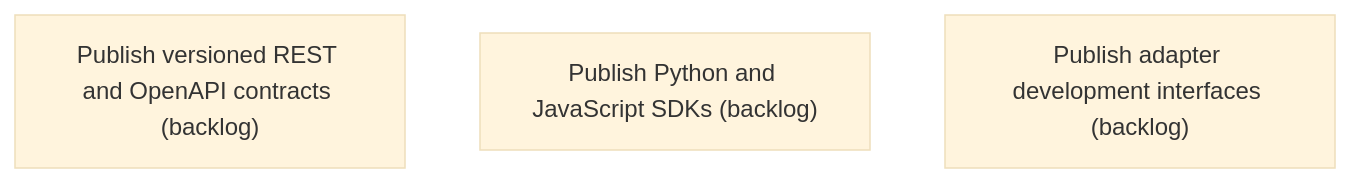
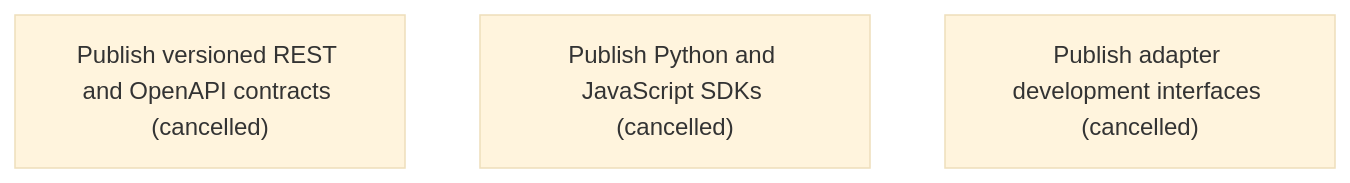
One commit to asadayoub/Evidentia changed the diagram in .skyhook/plan/epics/MNJPP3JA9GHKAMKNAT0H3DSVR2.md. Above: the diagram before and after it, drawn with Mermaid (base theme). The commit also changed other lines of this file and 54 other files, not shown here.

Commit message:
docs(skyhook): adopt interaction-first delivery roadmap

````diff
--- a/.skyhook/plan/epics/MNJPP3JA9GHKAMKNAT0H3DSVR2.md
+++ b/.skyhook/plan/epics/MNJPP3JA9GHKAMKNAT0H3DSVR2.md
@@ -22,6 +22,6 @@
 ```mermaid
 flowchart TD
-    75J1CS4ZFVG3RSXH2GDF7W82ME["Publish versioned REST and OpenAPI contracts (backlog)"]
-    89ZWE45CMH2MKH116P992C3BDS["Publish Python and JavaScript SDKs (backlog)"]
-    NGSBE5Q1QVXJG649C8FQ7JM41Y["Publish adapter development interfaces (backlog)"]
+    75J1CS4ZFVG3RSXH2GDF7W82ME["Publish versioned REST and OpenAPI contracts (cancelled)"]
+    89ZWE45CMH2MKH116P992C3BDS["Publish Python and JavaScript SDKs (cancelled)"]
+    NGSBE5Q1QVXJG649C8FQ7JM41Y["Publish adapter development interfaces (cancelled)"]
 ```
````
